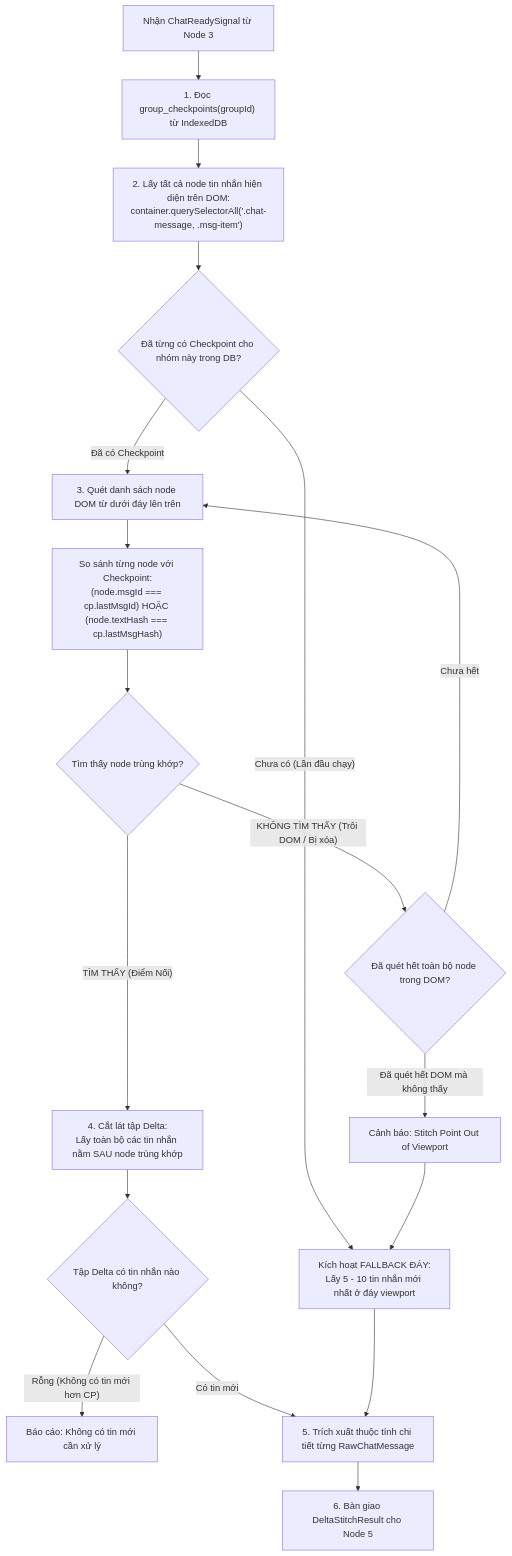
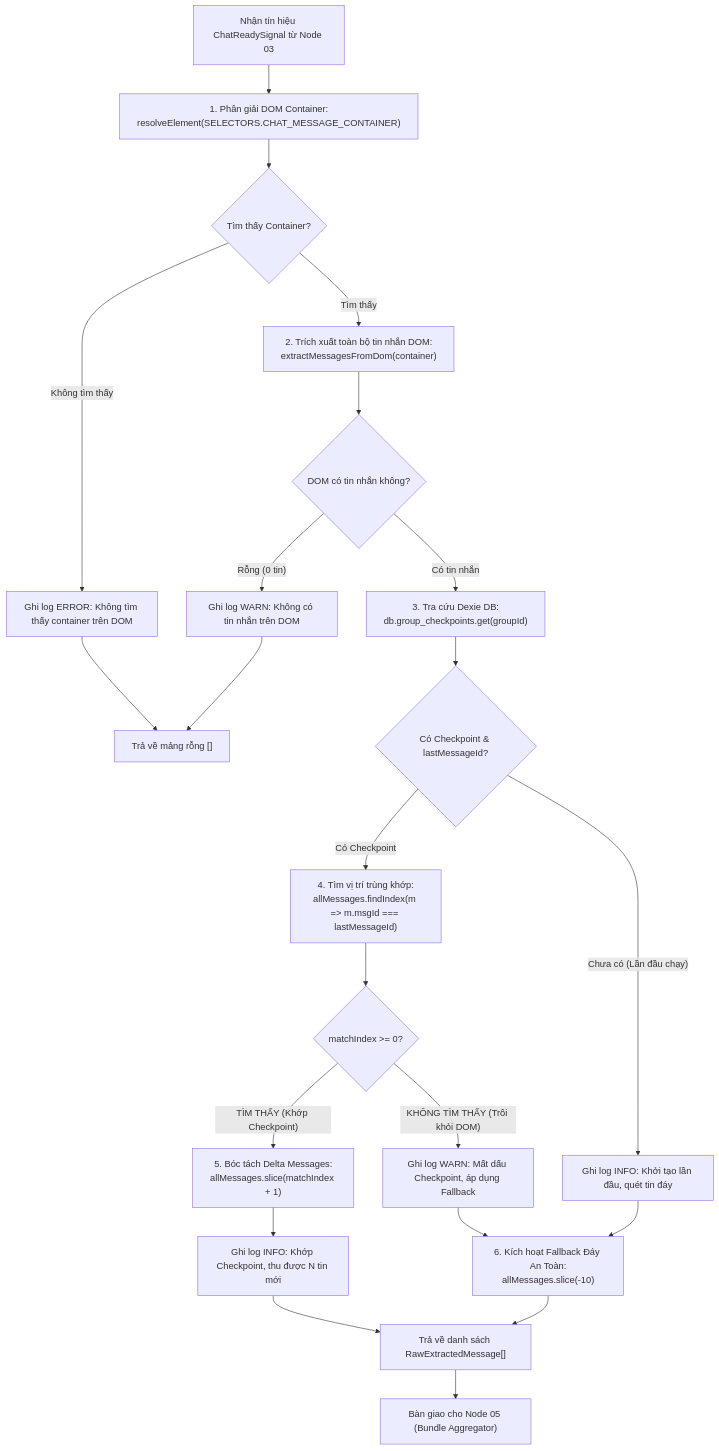
One commit to vuthuonghai-steve/auto-rep-zalo changed the first of 2 diagrams in Docs/Start-node/04_checkpoint_delta_stitcher_node.md. Above: the diagram before and after it, drawn with Mermaid. The commit also changed other lines of this file and 10 other files, not shown here.

Commit message:
docs(start-node): standardize 10-node SDD specs with AI-first baseline and portable relative links

````diff
--- a/Docs/Start-node/04_checkpoint_delta_stitcher_node.md
+++ b/Docs/Start-node/04_checkpoint_delta_stitcher_node.md
@@ -95,27 +102,33 @@
 ```mermaid
 flowchart TD
-    Start["Nhận ChatReadySignal từ Node 3"] --> LoadCP["1. Đọc group_checkpoints(groupId) từ IndexedDB"]
-    LoadCP --> QueryDOM["2. Lấy tất cả node tin nhắn hiện diện trên DOM:\ncontainer.querySelectorAll('.chat-message, .msg-item')"]
-    
-    QueryDOM --> HasCP{"Đã từng có Checkpoint cho nhóm này trong DB?"}
-    
-    HasCP -- "Chưa có (Lần đầu chạy)" --> TriggerFallback["Kích hoạt FALLBACK ĐÁY:\nLấy 5 - 10 tin nhắn mới nhất ở đáy viewport"]
-    
-    HasCP -- "Đã có Checkpoint" --> ScanFromBottom["3. Quét danh sách node DOM từ dưới đáy lên trên"]
-    ScanFromBottom --> CompareNode["So sánh từng node với Checkpoint:\n(node.msgId === cp.lastMsgId) HOẶC (node.textHash === cp.lastMsgHash)"]
-    
-    CompareNode --> FoundMatch{"Tìm thấy node trùng khớp?"}
-    
-    FoundMatch -- "TÌM THẤY (Điểm Nối)" --> SliceDelta["4. Cắt lát tập Delta:\nLấy toàn bộ các tin nhắn nằm SAU node trùng khớp"]
-    SliceDelta --> CheckEmpty{"Tập Delta có tin nhắn nào không?"}
-    CheckEmpty -- "Rỗng (Không có tin mới hơn CP)" --> NoDelta["Báo cáo: Không có tin mới cần xử lý"]
-    CheckEmpty -- "Có tin mới" --> PackageResult["5. Trích xuất thuộc tính chi tiết từng RawChatMessage"]
-    
-    FoundMatch -- "KHÔNG TÌM THẤY (Trôi DOM / Bị xóa)" --> CheckScanned{"Đã quét hết toàn bộ node trong DOM?"}
-    CheckScanned -- "Chưa hết" --> ScanFromBottom
-    CheckScanned -- "Đã quét hết DOM mà không thấy" --> WarnLoss["Cảnh báo: Stitch Point Out of Viewport"]
-    WarnLoss --> TriggerFallback
-    
-    TriggerFallback --> PackageResult
-    PackageResult --> EmitNode5["6. Bàn giao DeltaStitchResult cho Node 5"]
+    Start["Nhận tín hiệu ChatReadySignal từ Node 03"] --> ResolveContainer["1. Phân giải DOM Container:\nresolveElement(SELECTORS.CHAT_MESSAGE_CONTAINER)"]
+    ResolveContainer --> CheckContainer{"Tìm thấy Container?"}
+
+    CheckContainer -- "Không tìm thấy" --> LogErrContainer["Ghi log ERROR: Không tìm thấy container trên DOM"]
+    LogErrContainer --> ReturnEmpty["Trả về mảng rỗng []"]
+
+    CheckContainer -- "Tìm thấy" --> ExtractAll["2. Trích xuất toàn bộ tin nhắn DOM:\nextractMessagesFromDom(container)"]
+    ExtractAll --> CheckEmptyDOM{"DOM có tin nhắn không?"}
+
+    CheckEmptyDOM -- "Rỗng (0 tin)" --> LogWarnDOM["Ghi log WARN: Không có tin nhắn trên DOM"]
+    LogWarnDOM --> ReturnEmpty
+
+    CheckEmptyDOM -- "Có tin nhắn" --> QueryDB["3. Tra cứu Dexie DB:\ndb.group_checkpoints.get(groupId)"]
+    QueryDB --> HasCheckpoint{"Có Checkpoint & lastMessageId?"}
+
+    HasCheckpoint -- "Có Checkpoint" --> FindMatch["4. Tìm vị trí trùng khớp:\nallMessages.findIndex(m => m.msgId === lastMessageId)"]
+    FindMatch --> IsMatchFound{"matchIndex >= 0?"}
+
+    IsMatchFound -- "TÌM THẤY (Khớp Checkpoint)" --> SliceDelta["5. Bóc tách Delta Messages:\nallMessages.slice(matchIndex + 1)"]
+    SliceDelta --> LogHit["Ghi log INFO: Khớp Checkpoint, thu được N tin mới"]
+    LogHit --> ReturnDelta["Trả về danh sách RawExtractedMessage[]"]
+
+    IsMatchFound -- "KHÔNG TÌM THẤY (Trôi khỏi DOM)" --> WarnLost["Ghi log WARN: Mất dấu Checkpoint, áp dụng Fallback"]
+    WarnLost --> FallbackSlice["6. Kích hoạt Fallback Đáy An Toàn:\nallMessages.slice(-10)"]
+
+    HasCheckpoint -- "Chưa có (Lần đầu chạy)" --> InfoFirst["Ghi log INFO: Khởi tạo lần đầu, quét tin đáy"]
+    InfoFirst --> FallbackSlice
+
+    FallbackSlice --> ReturnDelta
+    ReturnDelta --> EmitToN05["Bàn giao cho Node 05 (Bundle Aggregator)"]
 ```
````
